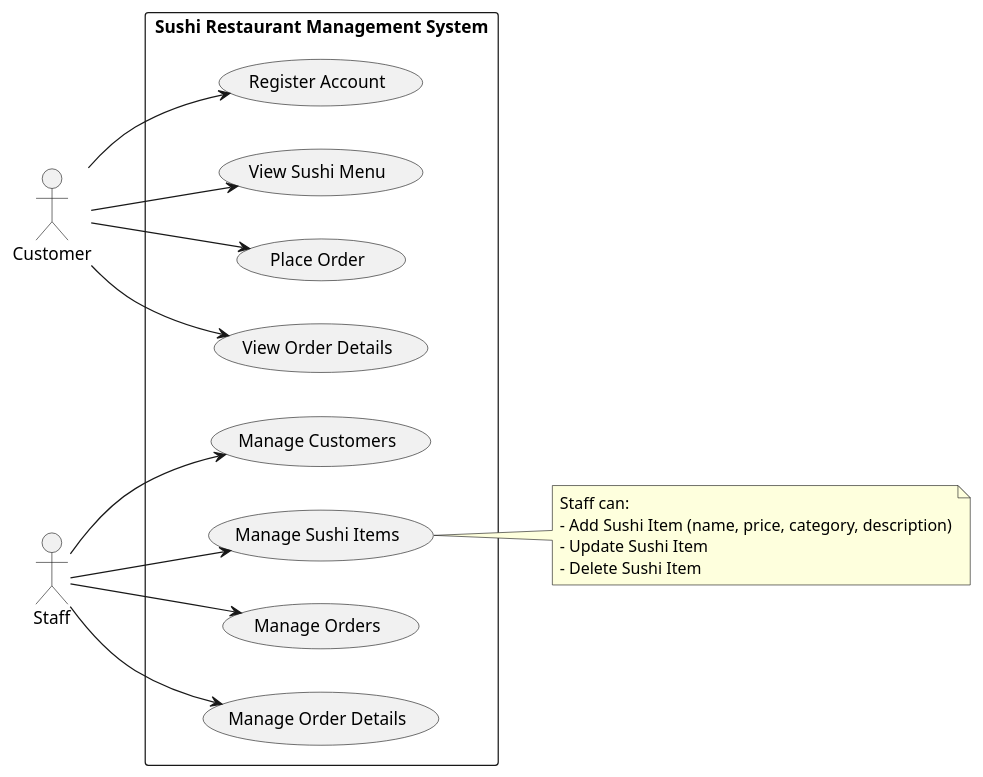
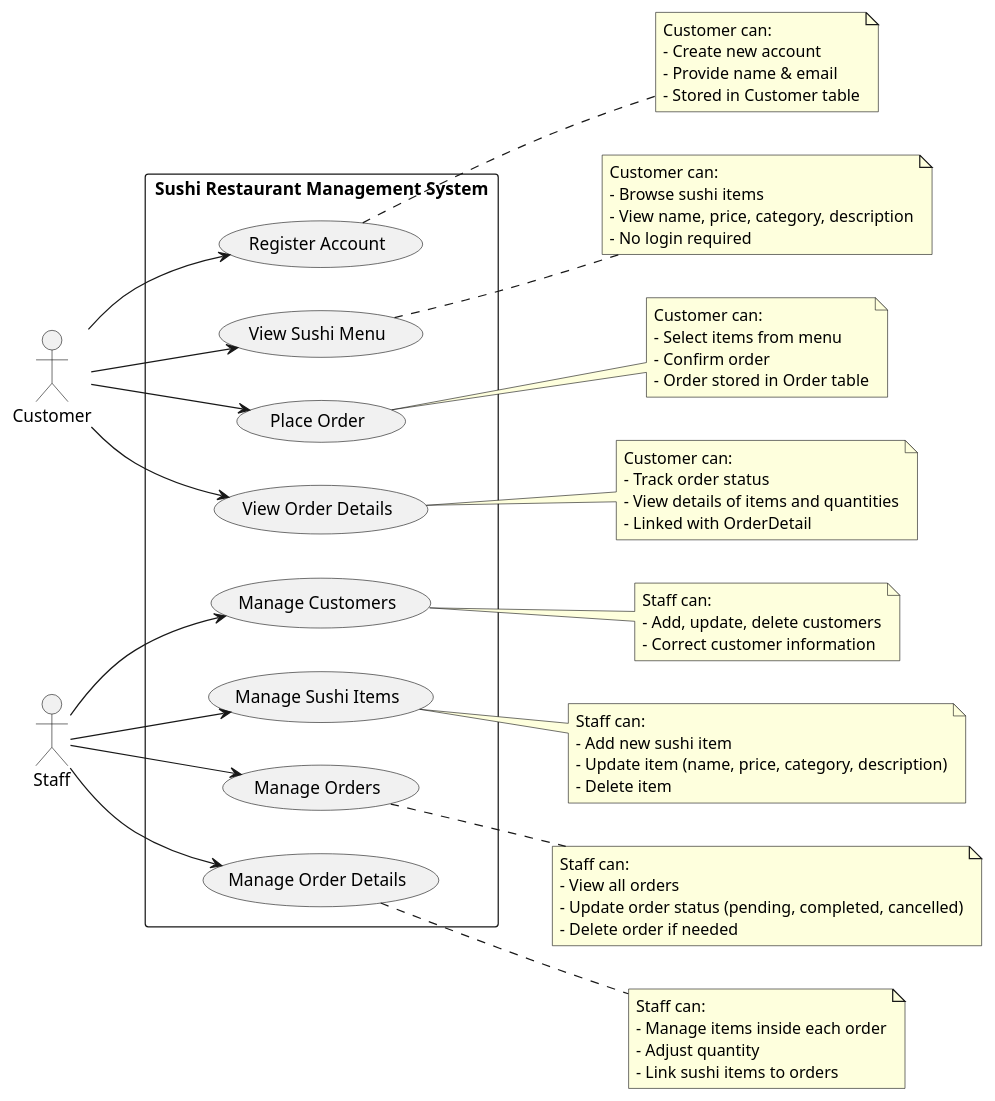
One commit to takahashidan85/sushi-restaurant-management changed the diagram in docs/usecase.puml. Above: the diagram before and after it, drawn with PlantUML. The commit also changed 1 other file, not shown here.

Commit message:
update diagrams

```diff
--- a/docs/usecase.puml
+++ b/docs/usecase.puml
@@ -1,37 +1,85 @@
 @startuml UseCase_SushiRestaurant
 
 left to right direction
 actor "Customer" as C
 actor "Staff" as S
 
 rectangle "Sushi Restaurant Management System" {
 
   (Register Account) as UC1
   (View Sushi Menu) as UC2
   (Place Order) as UC3
   (View Order Details) as UC4
 
   (Manage Customers) as UC5
   (Manage Sushi Items) as UC6
   (Manage Orders) as UC7
   (Manage Order Details) as UC8
 }
 
 C --> UC1
 C --> UC2
 C --> UC3
 C --> UC4
 
 S --> UC5
 S --> UC6
 S --> UC7
 S --> UC8
 
+note right of UC1
+  Customer can:
+  - Create new account
+  - Provide name & email
+  - Stored in Customer table
+end note
+
+note right of UC2
+  Customer can:
+  - Browse sushi items
+  - View name, price, category, description
+  - No login required
+end note
+
+note right of UC3
+  Customer can:
+  - Select items from menu
+  - Confirm order
+  - Order stored in Order table
+end note
+
+note right of UC4
+  Customer can:
+  - Track order status
+  - View details of items and quantities
+  - Linked with OrderDetail
+end note
+
+note right of UC5
+  Staff can:
+  - Add, update, delete customers
+  - Correct customer information
+end note
+
 note right of UC6
   Staff can:
-  - Add Sushi Item (name, price, category, description)
-  - Update Sushi Item
-  - Delete Sushi Item
+  - Add new sushi item
+  - Update item (name, price, category, description)
+  - Delete item
+end note
+
+note right of UC7
+  Staff can:
+  - View all orders
+  - Update order status (pending, completed, cancelled)
+  - Delete order if needed
+end note
+
+note right of UC8
+  Staff can:
+  - Manage items inside each order
+  - Adjust quantity
+  - Link sushi items to orders
 end note
 
 @enduml
```
